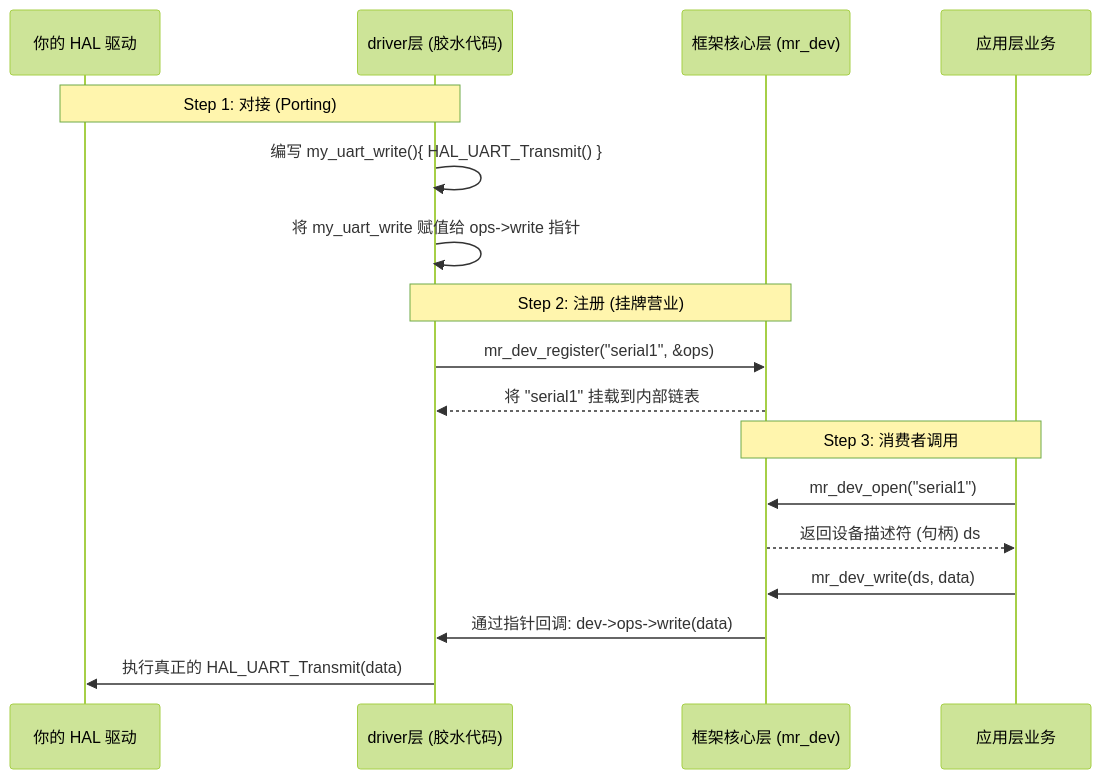
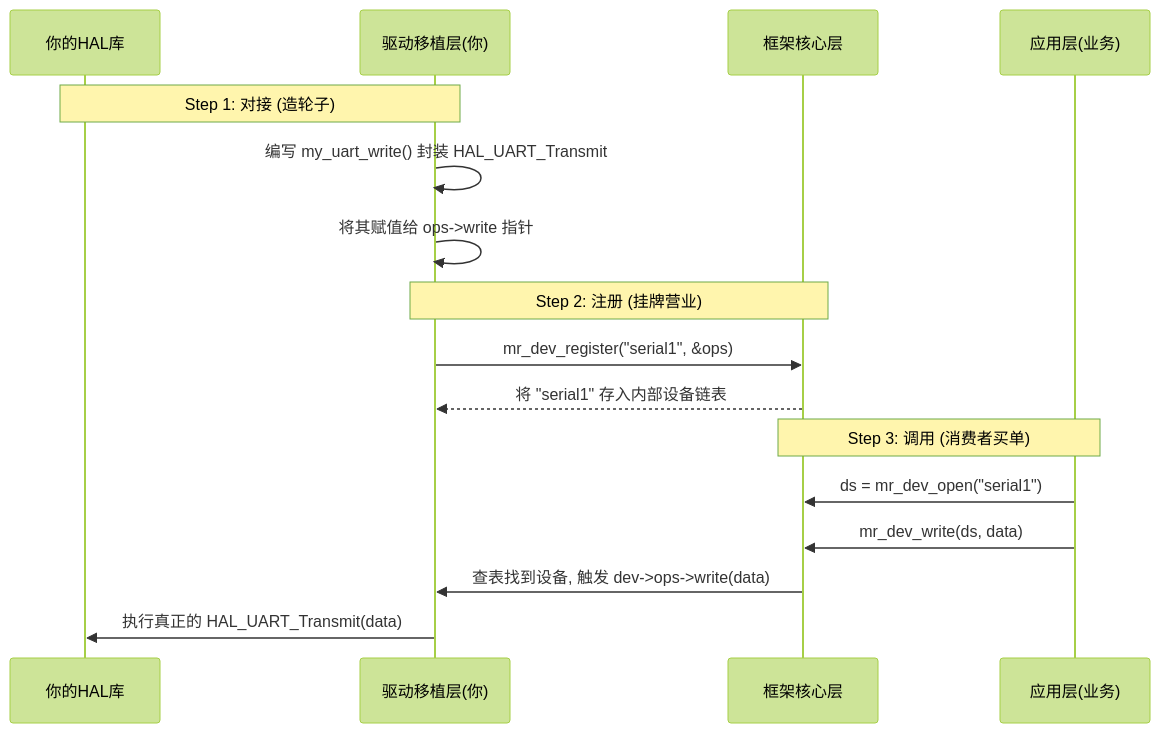
One commit to Mastang1/notes_md changed the diagram in temp.md. Above: the diagram before and after it, drawn with Mermaid (forest theme). The commit also changed other lines of this file and 2 other files, not shown here.

````diff
--- a/temp.md
+++ b/temp.md
@@ -101,22 +85,21 @@
 ```mermaid
 sequenceDiagram
-    participant HAL as 你的 HAL 驱动
-    participant Driver as driver层 (胶水代码)
-    participant Core as 框架核心层 (mr_dev)
-    participant App as 应用层业务
+    participant HAL as 你的HAL库
+    participant Driver as 驱动移植层(你)
+    participant Core as 框架核心层
+    participant App as 应用层(业务)
 
-    Note over HAL, Driver: Step 1: 对接 (Porting)
-    Driver->>Driver: 编写 my_uart_write(){ HAL_UART_Transmit() }
-    Driver->>Driver: 将 my_uart_write 赋值给 ops->write 指针
+    Note over HAL, Driver: Step 1: 对接 (造轮子)
+    Driver->>Driver: 编写 my_uart_write() 封装 HAL_UART_Transmit
+    Driver->>Driver: 将其赋值给 ops->write 指针
 
     Note over Driver, Core: Step 2: 注册 (挂牌营业)
     Driver->>Core: mr_dev_register("serial1", &ops)
-    Core-->>Driver: 将 "serial1" 挂载到内部链表
+    Core-->>Driver: 将 "serial1" 存入内部设备链表
 
-    Note over Core, App: Step 3: 消费者调用
-    App->>Core: mr_dev_open("serial1")
-    Core-->>App: 返回设备描述符 (句柄) ds
+    Note over Core, App: Step 3: 调用 (消费者买单)
+    App->>Core: ds = mr_dev_open("serial1")
     App->>Core: mr_dev_write(ds, data)
-    Core->>Driver: 通过指针回调: dev->ops->write(data)
+    Core->>Driver: 查表找到设备, 触发 dev->ops->write(data)
     Driver->>HAL: 执行真正的 HAL_UART_Transmit(data)
 ```
````
